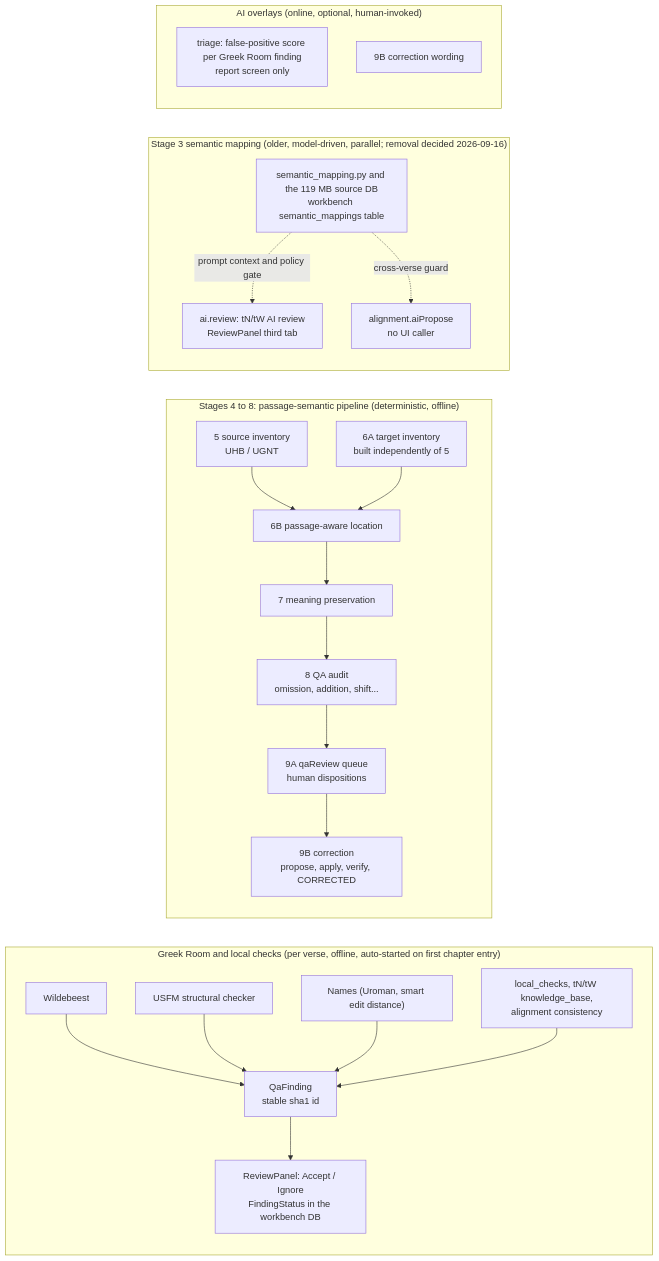
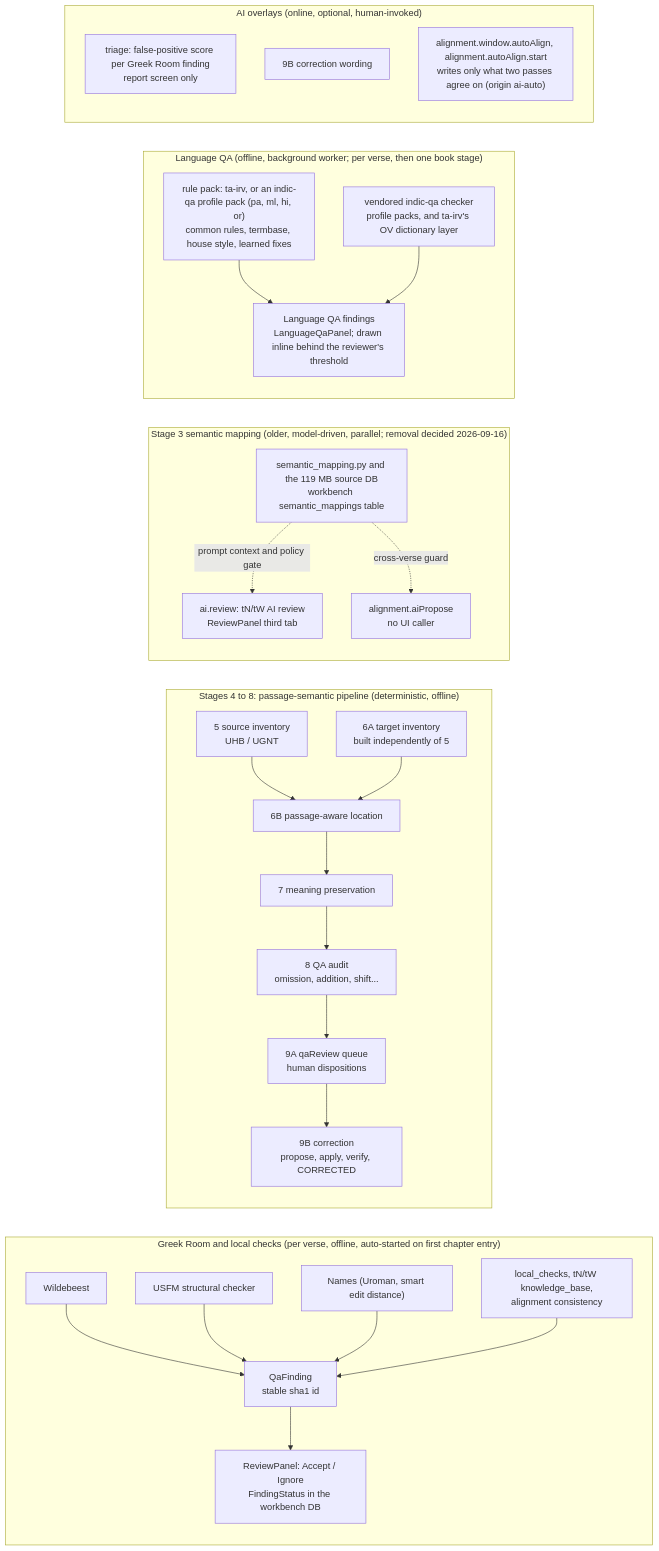
One commit to selvabenz/Bridge changed the third of 4 diagrams in docs/ARCHITECTURE.md. Above: the diagram before and after it, drawn with Mermaid. The commit also changed other lines of this file and 5 other files, not shown here.

````diff
--- a/docs/ARCHITECTURE.md
+++ b/docs/ARCHITECTURE.md
@@ -198,26 +198,32 @@
 ```mermaid
 flowchart LR
   subgraph GRq["Greek Room and local checks (per verse, offline, auto-started on first chapter entry)"]
     W["Wildebeest"] --> F
     U["USFM structural checker"] --> F
     N["Names (Uroman, smart edit distance)"] --> F
     L["local_checks, tN/tW knowledge_base,<br/>alignment consistency"] --> F
     F["QaFinding<br/>stable sha1 id"] --> RP["ReviewPanel: Accept / Ignore<br/>FindingStatus in the workbench DB"]
   end
   subgraph S58["Stages 4 to 8: passage-semantic pipeline (deterministic, offline)"]
     S5["5 source inventory<br/>UHB / UGNT"] --> S6B
     S6A["6A target inventory<br/>built independently of 5"] --> S6B
     S6B["6B passage-aware location"] --> S7["7 meaning preservation"] --> S8["8 QA audit<br/>omission, addition, shift..."]
     S8 --> S9A["9A qaReview queue<br/>human dispositions"] --> S9B["9B correction<br/>propose, apply, verify, CORRECTED"]
   end
   subgraph S3["Stage 3 semantic mapping (older, model-driven, parallel; removal decided 2026-09-16)"]
     S3m["semantic_mapping.py and the 119 MB source DB<br/>workbench semantic_mappings table"]
     S3m -. "prompt context and policy gate" .-> AIR
     S3m -. "cross-verse guard" .-> AAP["alignment.aiPropose<br/>no UI caller"]
   end
+  subgraph LQ["Language QA (offline, background worker; per verse, then one book stage)"]
+    LQr["rule pack: ta-irv, or an indic-qa profile pack (pa, ml, hi, or)<br/>common rules, termbase, house style, learned fixes"] --> LQf
+    LQi["vendored indic-qa checker<br/>profile packs, and ta-irv's OV dictionary layer"] --> LQf
+    LQf["Language QA findings<br/>LanguageQaPanel; drawn inline behind the reviewer's threshold"]
+  end
   subgraph Overlay["AI overlays (online, optional, human-invoked)"]
     TR["triage: false-positive score per Greek Room finding<br/>report screen only"]
     AIR["ai.review: tN/tW AI review<br/>ReviewPanel third tab"]
     CP["9B correction wording"]
+    AA["alignment.window.autoAlign, alignment.autoAlign.start<br/>writes only what two passes agree on (origin ai-auto)"]
   end
 ```
````
